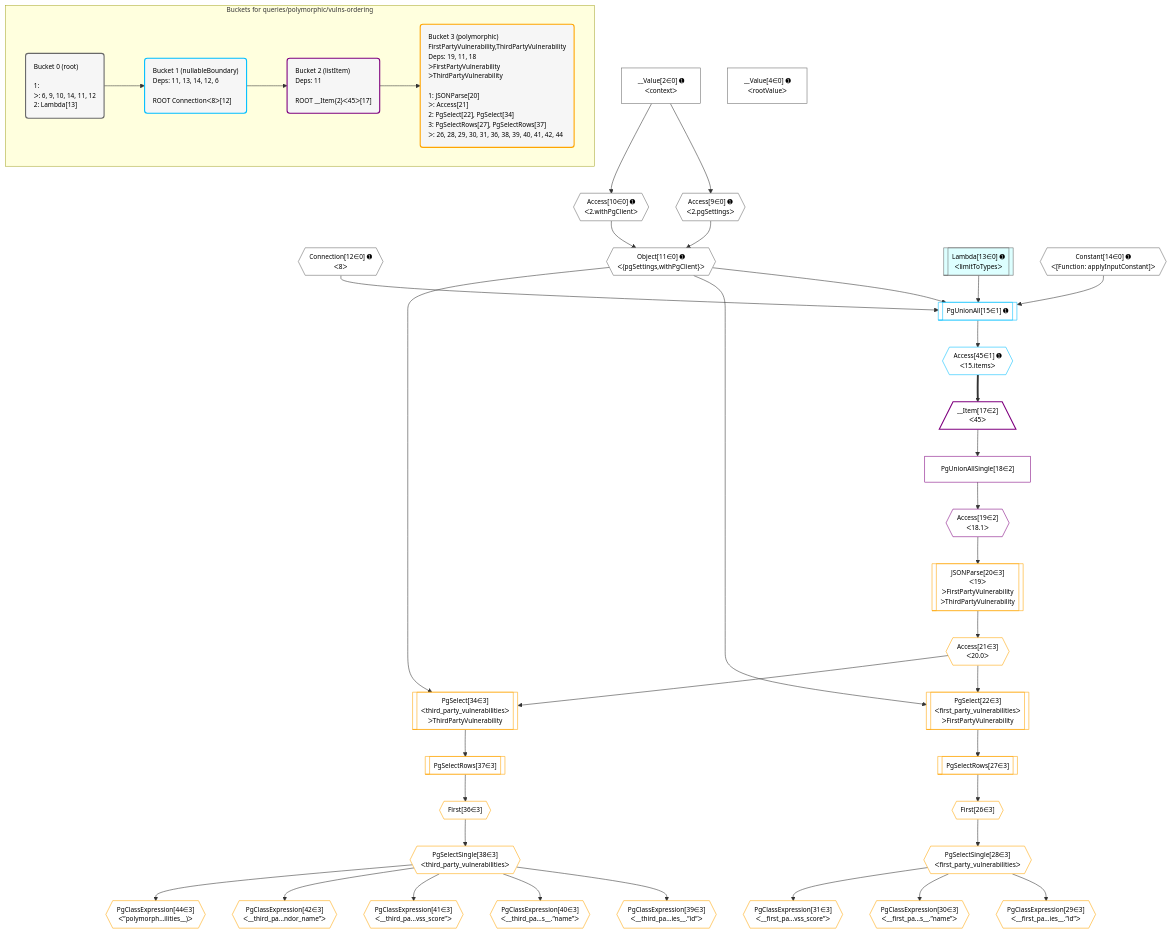
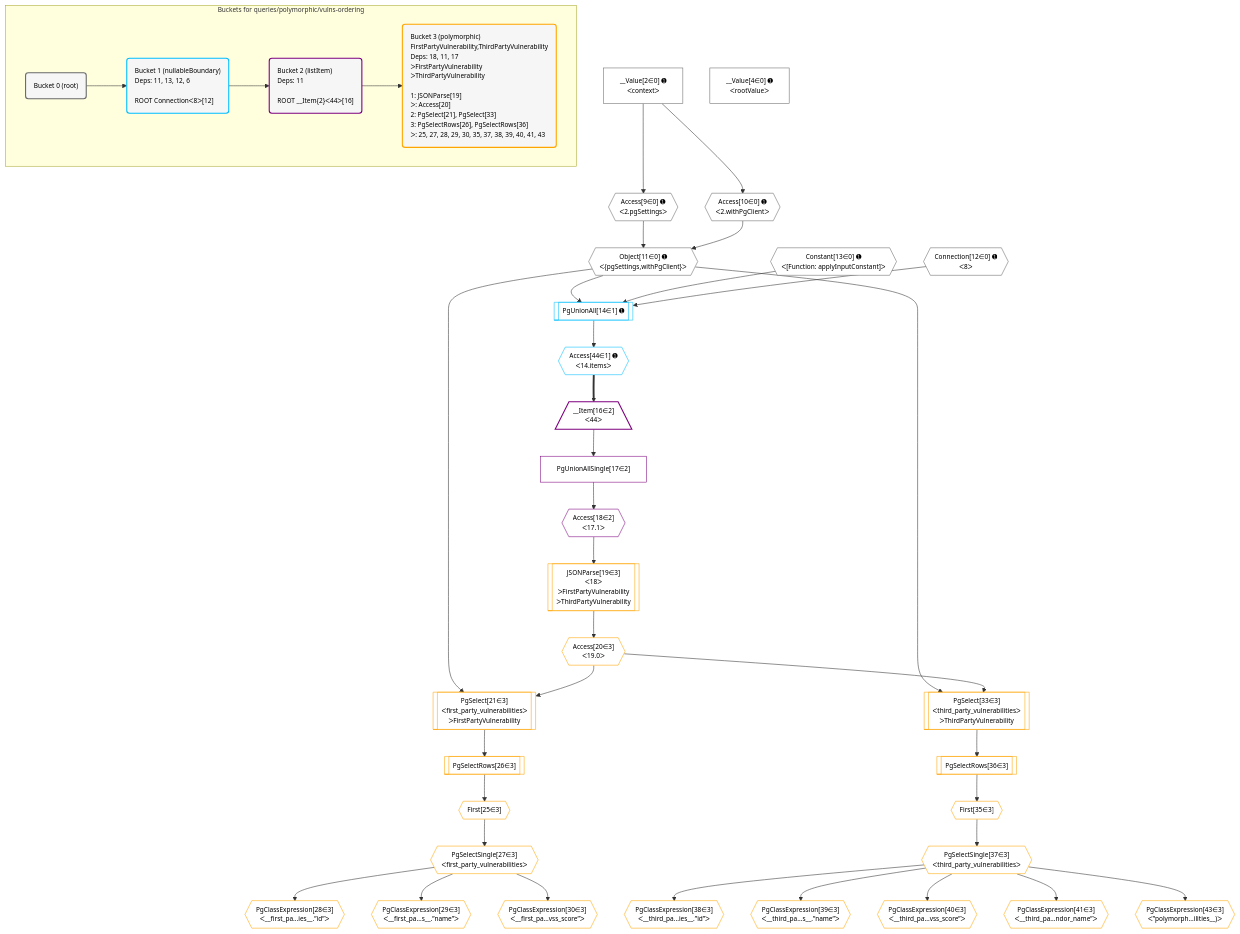
One commit to graphile/crystal changed the diagram in postgraphile/postgraphile/__tests__/queries/polymorphic/vulns-ordering.mermaid. Above: the diagram before and after it, drawn with Mermaid. The commit also changed 13 other files, not shown here.

```diff
--- a/postgraphile/postgraphile/__tests__/queries/polymorphic/vulns-ordering.mermaid
+++ b/postgraphile/postgraphile/__tests__/queries/polymorphic/vulns-ordering.mermaid
@@ -1,88 +1,87 @@
 %%{init: {'themeVariables': { 'fontSize': '12px'}}}%%
 graph TD
     classDef path fill:#eee,stroke:#000,color:#000
     classDef plan fill:#fff,stroke-width:1px,color:#000
     classDef itemplan fill:#fff,stroke-width:2px,color:#000
     classDef unbatchedplan fill:#dff,stroke-width:1px,color:#000
     classDef sideeffectplan fill:#fcc,stroke-width:2px,color:#000
     classDef bucket fill:#f6f6f6,color:#000,stroke-width:2px,text-align:left
 
 
     %% plan dependencies
     Connection12{{"Connection[12∈0] ➊<br />ᐸ8ᐳ"}}:::plan
     Object11{{"Object[11∈0] ➊<br />ᐸ{pgSettings,withPgClient}ᐳ"}}:::plan
     Access9{{"Access[9∈0] ➊<br />ᐸ2.pgSettingsᐳ"}}:::plan
     Access10{{"Access[10∈0] ➊<br />ᐸ2.withPgClientᐳ"}}:::plan
     Access9 & Access10 --> Object11
     __Value2["__Value[2∈0] ➊<br />ᐸcontextᐳ"]:::plan
     __Value2 --> Access9
     __Value2 --> Access10
-    Lambda13[["Lambda[13∈0] ➊<br />ᐸlimitToTypesᐳ"]]:::unbatchedplan
     __Value4["__Value[4∈0] ➊<br />ᐸrootValueᐳ"]:::plan
-    Constant14{{"Constant[14∈0] ➊<br />ᐸ[Function: applyInputConstant]ᐳ"}}:::plan
-    PgUnionAll15[["PgUnionAll[15∈1] ➊"]]:::plan
-    Object11 & Lambda13 & Constant14 & Connection12 --> PgUnionAll15
-    Access45{{"Access[45∈1] ➊<br />ᐸ15.itemsᐳ"}}:::plan
-    PgUnionAll15 --> Access45
-    __Item17[/"__Item[17∈2]<br />ᐸ45ᐳ"\]:::itemplan
-    Access45 ==> __Item17
-    PgUnionAllSingle18["PgUnionAllSingle[18∈2]"]:::plan
-    __Item17 --> PgUnionAllSingle18
-    Access19{{"Access[19∈2]<br />ᐸ18.1ᐳ"}}:::plan
-    PgUnionAllSingle18 --> Access19
-    PgSelect22[["PgSelect[22∈3]<br />ᐸfirst_party_vulnerabilitiesᐳ<br />ᐳFirstPartyVulnerability"]]:::plan
-    Access21{{"Access[21∈3]<br />ᐸ20.0ᐳ"}}:::plan
-    Object11 & Access21 --> PgSelect22
-    PgSelect34[["PgSelect[34∈3]<br />ᐸthird_party_vulnerabilitiesᐳ<br />ᐳThirdPartyVulnerability"]]:::plan
-    Object11 & Access21 --> PgSelect34
-    JSONParse20[["JSONParse[20∈3]<br />ᐸ19ᐳ<br />ᐳFirstPartyVulnerability<br />ᐳThirdPartyVulnerability"]]:::plan
-    Access19 --> JSONParse20
-    JSONParse20 --> Access21
-    First26{{"First[26∈3]"}}:::plan
-    PgSelectRows27[["PgSelectRows[27∈3]"]]:::plan
-    PgSelectRows27 --> First26
-    PgSelect22 --> PgSelectRows27
-    PgSelectSingle28{{"PgSelectSingle[28∈3]<br />ᐸfirst_party_vulnerabilitiesᐳ"}}:::plan
-    First26 --> PgSelectSingle28
-    PgClassExpression29{{"PgClassExpression[29∈3]<br />ᐸ__first_pa...ies__.”id”ᐳ"}}:::plan
-    PgSelectSingle28 --> PgClassExpression29
-    PgClassExpression30{{"PgClassExpression[30∈3]<br />ᐸ__first_pa...s__.”name”ᐳ"}}:::plan
-    PgSelectSingle28 --> PgClassExpression30
-    PgClassExpression31{{"PgClassExpression[31∈3]<br />ᐸ__first_pa...vss_score”ᐳ"}}:::plan
-    PgSelectSingle28 --> PgClassExpression31
-    First36{{"First[36∈3]"}}:::plan
-    PgSelectRows37[["PgSelectRows[37∈3]"]]:::plan
-    PgSelectRows37 --> First36
-    PgSelect34 --> PgSelectRows37
-    PgSelectSingle38{{"PgSelectSingle[38∈3]<br />ᐸthird_party_vulnerabilitiesᐳ"}}:::plan
-    First36 --> PgSelectSingle38
-    PgClassExpression39{{"PgClassExpression[39∈3]<br />ᐸ__third_pa...ies__.”id”ᐳ"}}:::plan
-    PgSelectSingle38 --> PgClassExpression39
-    PgClassExpression40{{"PgClassExpression[40∈3]<br />ᐸ__third_pa...s__.”name”ᐳ"}}:::plan
-    PgSelectSingle38 --> PgClassExpression40
-    PgClassExpression41{{"PgClassExpression[41∈3]<br />ᐸ__third_pa...vss_score”ᐳ"}}:::plan
-    PgSelectSingle38 --> PgClassExpression41
-    PgClassExpression42{{"PgClassExpression[42∈3]<br />ᐸ__third_pa...ndor_name”ᐳ"}}:::plan
-    PgSelectSingle38 --> PgClassExpression42
-    PgClassExpression44{{"PgClassExpression[44∈3]<br />ᐸ”polymorph...ilities__)ᐳ"}}:::plan
-    PgSelectSingle38 --> PgClassExpression44
+    Constant13{{"Constant[13∈0] ➊<br />ᐸ[Function: applyInputConstant]ᐳ"}}:::plan
+    PgUnionAll14[["PgUnionAll[14∈1] ➊"]]:::plan
+    Object11 & Constant13 & Connection12 --> PgUnionAll14
+    Access44{{"Access[44∈1] ➊<br />ᐸ14.itemsᐳ"}}:::plan
+    PgUnionAll14 --> Access44
+    __Item16[/"__Item[16∈2]<br />ᐸ44ᐳ"\]:::itemplan
+    Access44 ==> __Item16
+    PgUnionAllSingle17["PgUnionAllSingle[17∈2]"]:::plan
+    __Item16 --> PgUnionAllSingle17
+    Access18{{"Access[18∈2]<br />ᐸ17.1ᐳ"}}:::plan
+    PgUnionAllSingle17 --> Access18
+    PgSelect21[["PgSelect[21∈3]<br />ᐸfirst_party_vulnerabilitiesᐳ<br />ᐳFirstPartyVulnerability"]]:::plan
+    Access20{{"Access[20∈3]<br />ᐸ19.0ᐳ"}}:::plan
+    Object11 & Access20 --> PgSelect21
+    PgSelect33[["PgSelect[33∈3]<br />ᐸthird_party_vulnerabilitiesᐳ<br />ᐳThirdPartyVulnerability"]]:::plan
+    Object11 & Access20 --> PgSelect33
+    JSONParse19[["JSONParse[19∈3]<br />ᐸ18ᐳ<br />ᐳFirstPartyVulnerability<br />ᐳThirdPartyVulnerability"]]:::plan
+    Access18 --> JSONParse19
+    JSONParse19 --> Access20
+    First25{{"First[25∈3]"}}:::plan
+    PgSelectRows26[["PgSelectRows[26∈3]"]]:::plan
+    PgSelectRows26 --> First25
+    PgSelect21 --> PgSelectRows26
+    PgSelectSingle27{{"PgSelectSingle[27∈3]<br />ᐸfirst_party_vulnerabilitiesᐳ"}}:::plan
+    First25 --> PgSelectSingle27
+    PgClassExpression28{{"PgClassExpression[28∈3]<br />ᐸ__first_pa...ies__.”id”ᐳ"}}:::plan
+    PgSelectSingle27 --> PgClassExpression28
+    PgClassExpression29{{"PgClassExpression[29∈3]<br />ᐸ__first_pa...s__.”name”ᐳ"}}:::plan
+    PgSelectSingle27 --> PgClassExpression29
+    PgClassExpression30{{"PgClassExpression[30∈3]<br />ᐸ__first_pa...vss_score”ᐳ"}}:::plan
+    PgSelectSingle27 --> PgClassExpression30
+    First35{{"First[35∈3]"}}:::plan
+    PgSelectRows36[["PgSelectRows[36∈3]"]]:::plan
+    PgSelectRows36 --> First35
+    PgSelect33 --> PgSelectRows36
+    PgSelectSingle37{{"PgSelectSingle[37∈3]<br />ᐸthird_party_vulnerabilitiesᐳ"}}:::plan
+    First35 --> PgSelectSingle37
+    PgClassExpression38{{"PgClassExpression[38∈3]<br />ᐸ__third_pa...ies__.”id”ᐳ"}}:::plan
+    PgSelectSingle37 --> PgClassExpression38
+    PgClassExpression39{{"PgClassExpression[39∈3]<br />ᐸ__third_pa...s__.”name”ᐳ"}}:::plan
+    PgSelectSingle37 --> PgClassExpression39
+    PgClassExpression40{{"PgClassExpression[40∈3]<br />ᐸ__third_pa...vss_score”ᐳ"}}:::plan
+    PgSelectSingle37 --> PgClassExpression40
+    PgClassExpression41{{"PgClassExpression[41∈3]<br />ᐸ__third_pa...ndor_name”ᐳ"}}:::plan
+    PgSelectSingle37 --> PgClassExpression41
+    PgClassExpression43{{"PgClassExpression[43∈3]<br />ᐸ”polymorph...ilities__)ᐳ"}}:::plan
+    PgSelectSingle37 --> PgClassExpression43
 
     %% define steps
 
     subgraph "Buckets for queries/polymorphic/vulns-ordering"
-    Bucket0("Bucket 0 (root)<br /><br />1: <br />ᐳ: 6, 9, 10, 14, 11, 12<br />2: Lambda[13]"):::bucket
+    Bucket0("Bucket 0 (root)"):::bucket
     classDef bucket0 stroke:#696969
-    class Bucket0,__Value2,__Value4,Access9,Access10,Object11,Connection12,Lambda13,Constant14 bucket0
-    Bucket1("Bucket 1 (nullableBoundary)<br />Deps: 11, 13, 14, 12, 6<br /><br />ROOT Connectionᐸ8ᐳ[12]"):::bucket
+    class Bucket0,__Value2,__Value4,Access9,Access10,Object11,Connection12,Constant13 bucket0
+    Bucket1("Bucket 1 (nullableBoundary)<br />Deps: 11, 13, 12, 6<br /><br />ROOT Connectionᐸ8ᐳ[12]"):::bucket
     classDef bucket1 stroke:#00bfff
-    class Bucket1,PgUnionAll15,Access45 bucket1
-    Bucket2("Bucket 2 (listItem)<br />Deps: 11<br /><br />ROOT __Item{2}ᐸ45ᐳ[17]"):::bucket
+    class Bucket1,PgUnionAll14,Access44 bucket1
+    Bucket2("Bucket 2 (listItem)<br />Deps: 11<br /><br />ROOT __Item{2}ᐸ44ᐳ[16]"):::bucket
     classDef bucket2 stroke:#7f007f
-    class Bucket2,__Item17,PgUnionAllSingle18,Access19 bucket2
-    Bucket3("Bucket 3 (polymorphic)<br />FirstPartyVulnerability,ThirdPartyVulnerability<br />Deps: 19, 11, 18<br />ᐳFirstPartyVulnerability<br />ᐳThirdPartyVulnerability<br /><br />1: JSONParse[20]<br />ᐳ: Access[21]<br />2: PgSelect[22], PgSelect[34]<br />3: PgSelectRows[27], PgSelectRows[37]<br />ᐳ: 26, 28, 29, 30, 31, 36, 38, 39, 40, 41, 42, 44"):::bucket
+    class Bucket2,__Item16,PgUnionAllSingle17,Access18 bucket2
+    Bucket3("Bucket 3 (polymorphic)<br />FirstPartyVulnerability,ThirdPartyVulnerability<br />Deps: 18, 11, 17<br />ᐳFirstPartyVulnerability<br />ᐳThirdPartyVulnerability<br /><br />1: JSONParse[19]<br />ᐳ: Access[20]<br />2: PgSelect[21], PgSelect[33]<br />3: PgSelectRows[26], PgSelectRows[36]<br />ᐳ: 25, 27, 28, 29, 30, 35, 37, 38, 39, 40, 41, 43"):::bucket
     classDef bucket3 stroke:#ffa500
-    class Bucket3,JSONParse20,Access21,PgSelect22,First26,PgSelectRows27,PgSelectSingle28,PgClassExpression29,PgClassExpression30,PgClassExpression31,PgSelect34,First36,PgSelectRows37,PgSelectSingle38,PgClassExpression39,PgClassExpression40,PgClassExpression41,PgClassExpression42,PgClassExpression44 bucket3
+    class Bucket3,JSONParse19,Access20,PgSelect21,First25,PgSelectRows26,PgSelectSingle27,PgClassExpression28,PgClassExpression29,PgClassExpression30,PgSelect33,First35,PgSelectRows36,PgSelectSingle37,PgClassExpression38,PgClassExpression39,PgClassExpression40,PgClassExpression41,PgClassExpression43 bucket3
     Bucket0 --> Bucket1
     Bucket1 --> Bucket2
     Bucket2 --> Bucket3
     end
```
